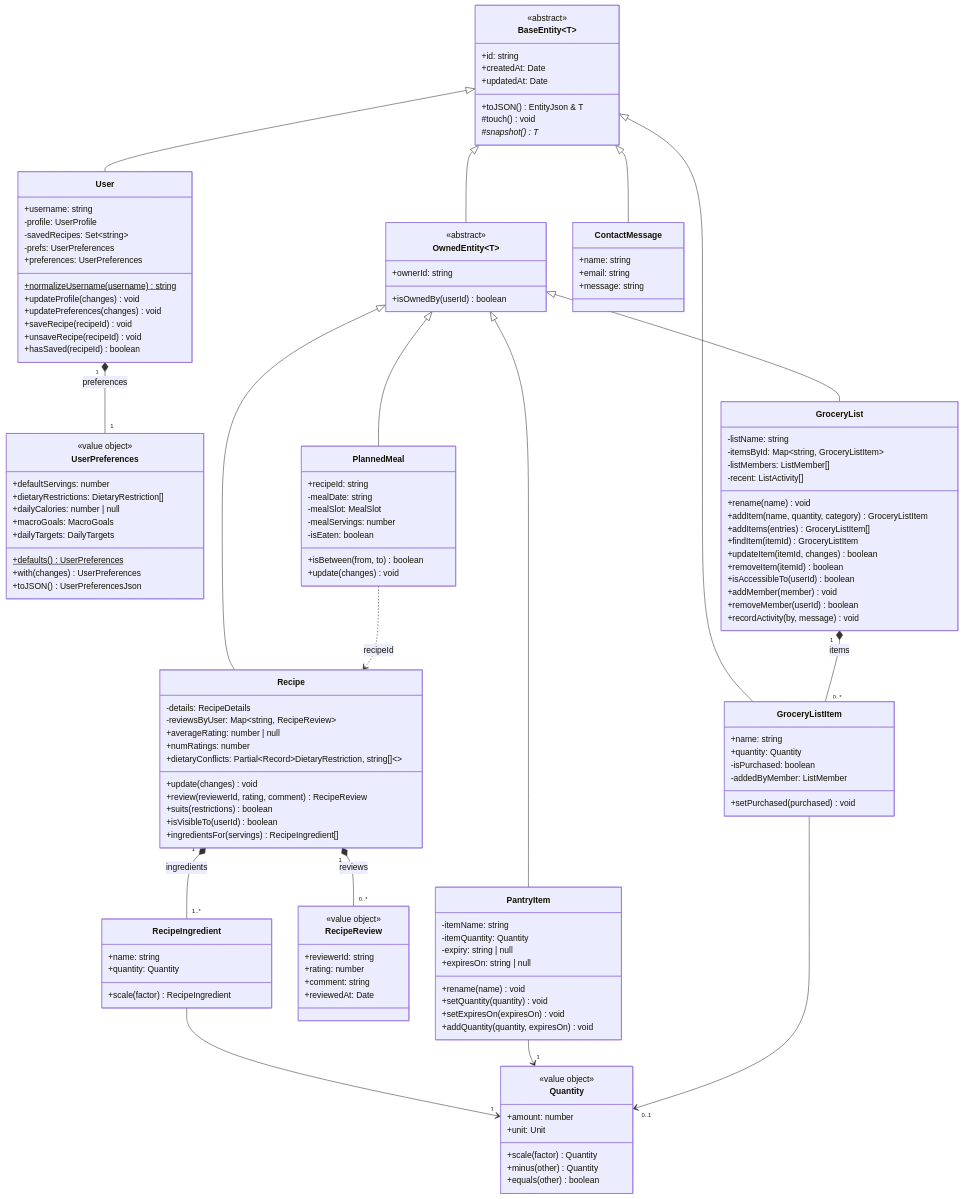
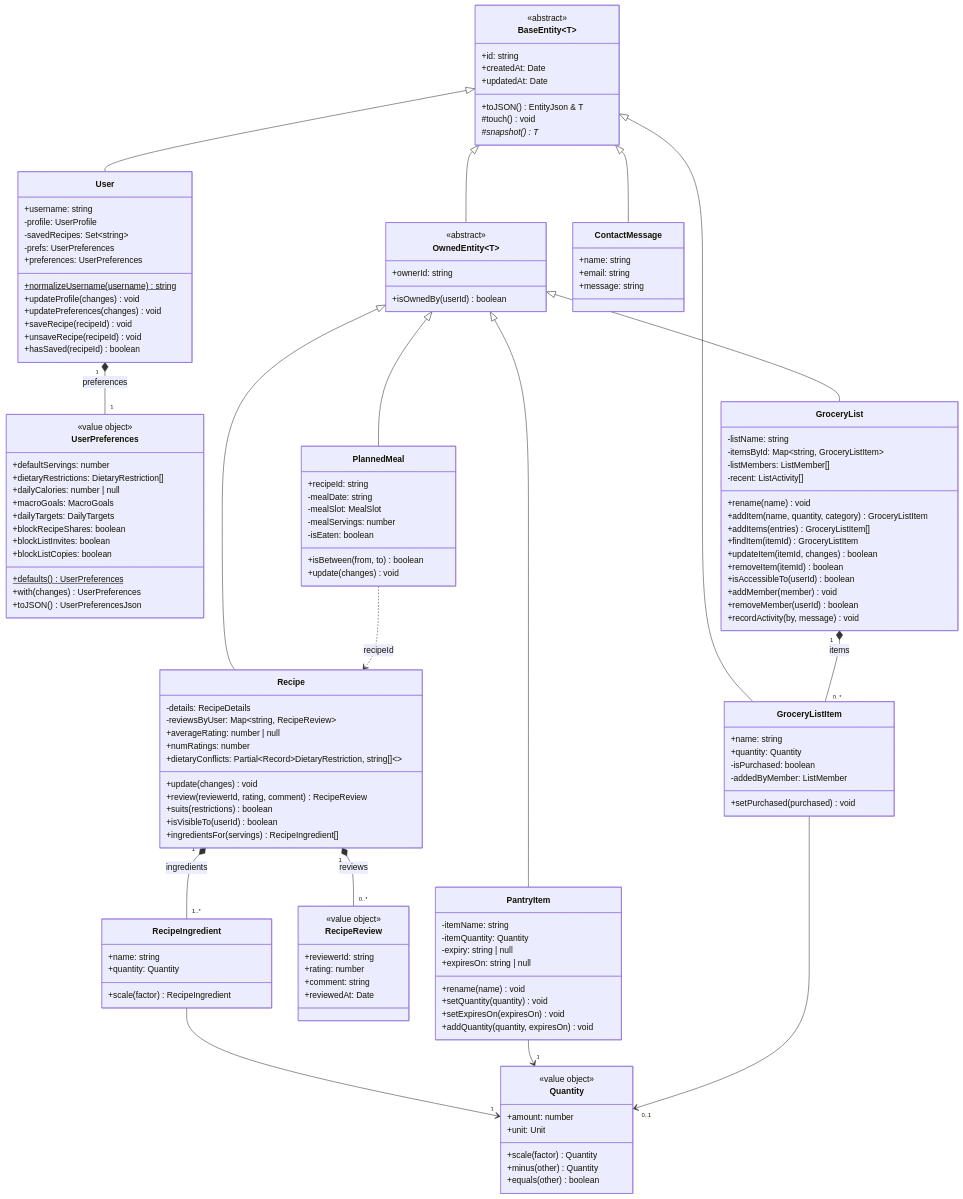
Before and after one commit to max1dyer/PlateUp: the second of 2 diagrams in docs/DESIGN.md, drawn with Mermaid. The commit also changed other lines of this file and 10 other files, not shown here.

```diff
--- a/docs/DESIGN.md
+++ b/docs/DESIGN.md
@@ -173,6 +173,9 @@
     +dailyCalories: number | null
     +macroGoals: MacroGoals
     +dailyTargets: DailyTargets
+    +blockRecipeShares: boolean
+    +blockListInvites: boolean
+    +blockListCopies: boolean
     +defaults()$ UserPreferences
     +with(changes) UserPreferences
     +toJSON() UserPreferencesJson
```
